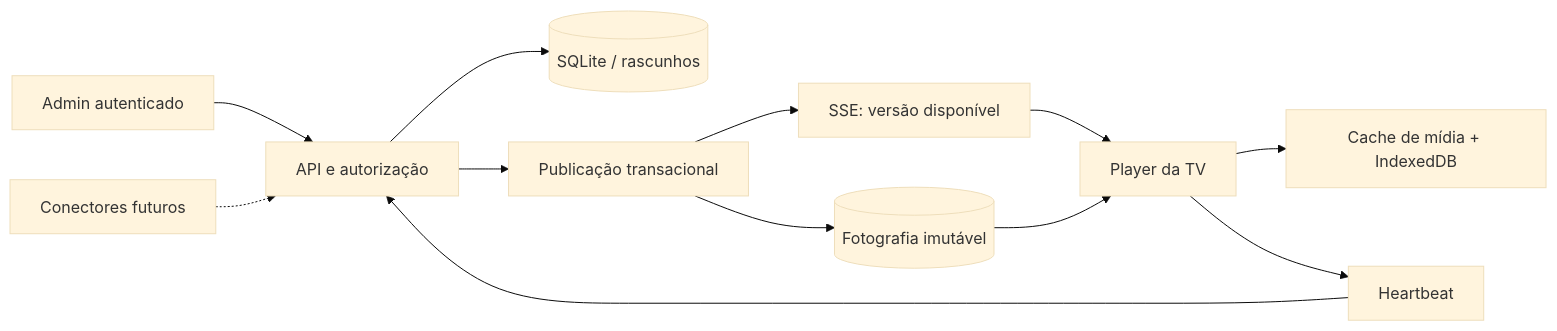
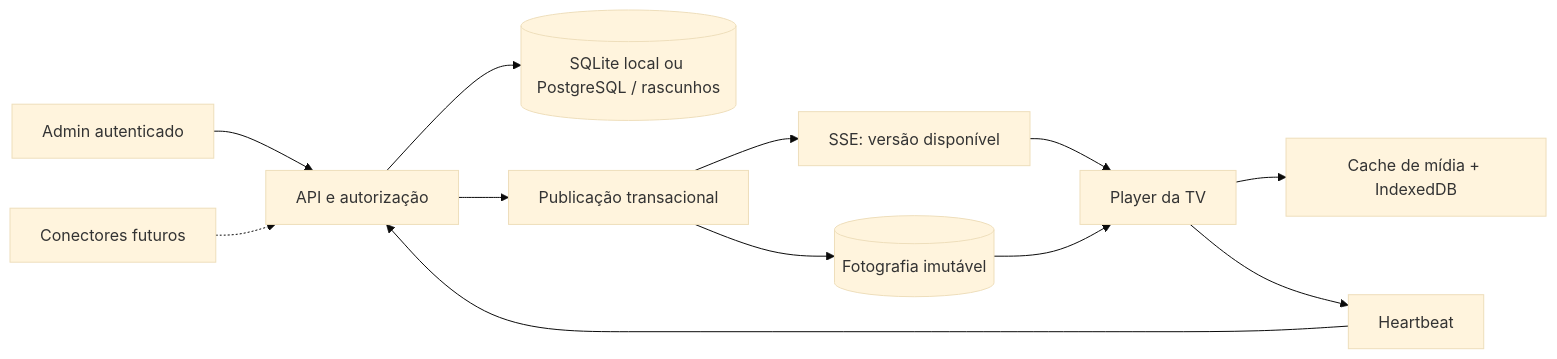
The diagram in docs/ARCHITECTURE.md (josineivieira/geotv), drawn with Mermaid (base theme) before and after one commit. The commit also changed other lines of this file and 23 other files, not shown here.

Commit message:
Adapta GeoTV para PostgreSQL e Supabase Storage

````diff
--- a/docs/ARCHITECTURE.md
+++ b/docs/ARCHITECTURE.md
@@ -7,14 +7,14 @@
 ```mermaid
 flowchart LR
   A[Admin autenticado] --> B[API e autorização]
-  B --> C[(SQLite / rascunhos)]
+  B --> C[(SQLite local ou PostgreSQL / rascunhos)]
   B --> D[Publicação transacional]
   D --> E[(Fotografia imutável)]
   D --> F[SSE: versão disponível]
   F --> G[Player da TV]
   E --> G
   G --> H[Cache de mídia + IndexedDB]
   G --> I[Heartbeat]
   I --> B
   J[Conectores futuros] -.-> B
 ```
````
